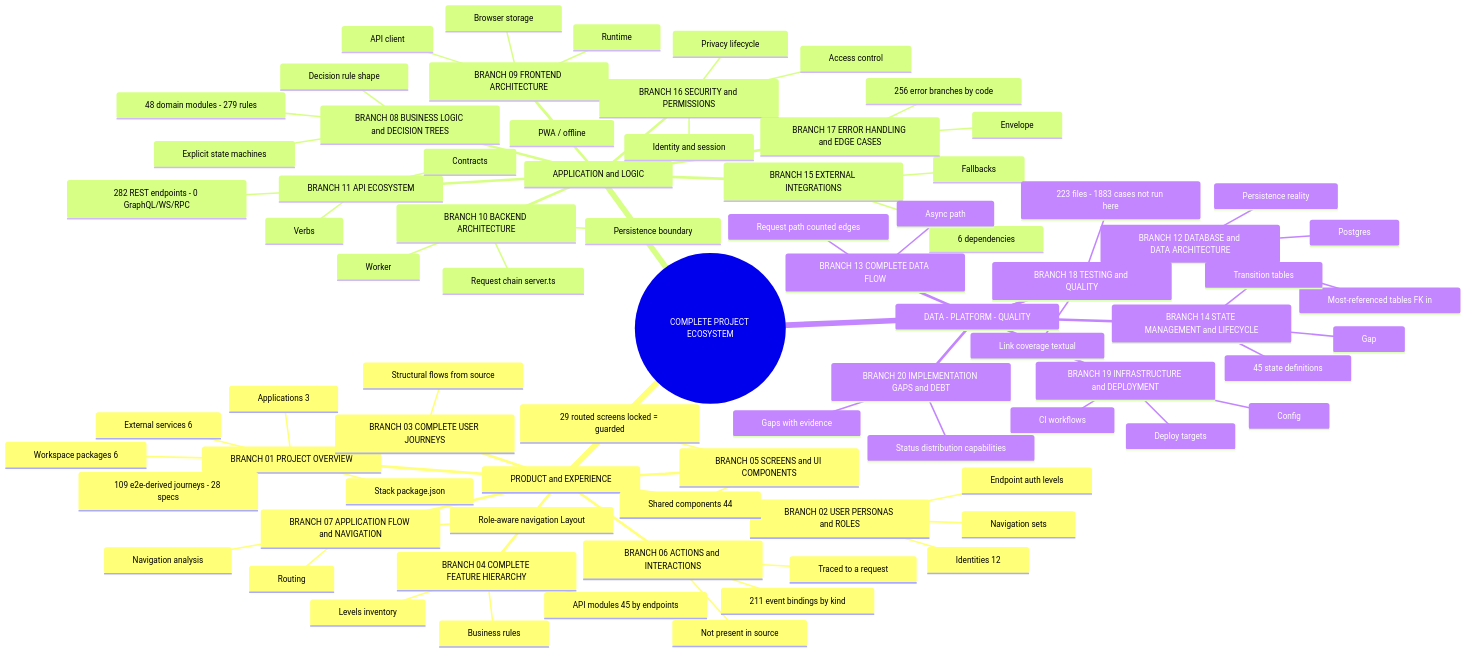
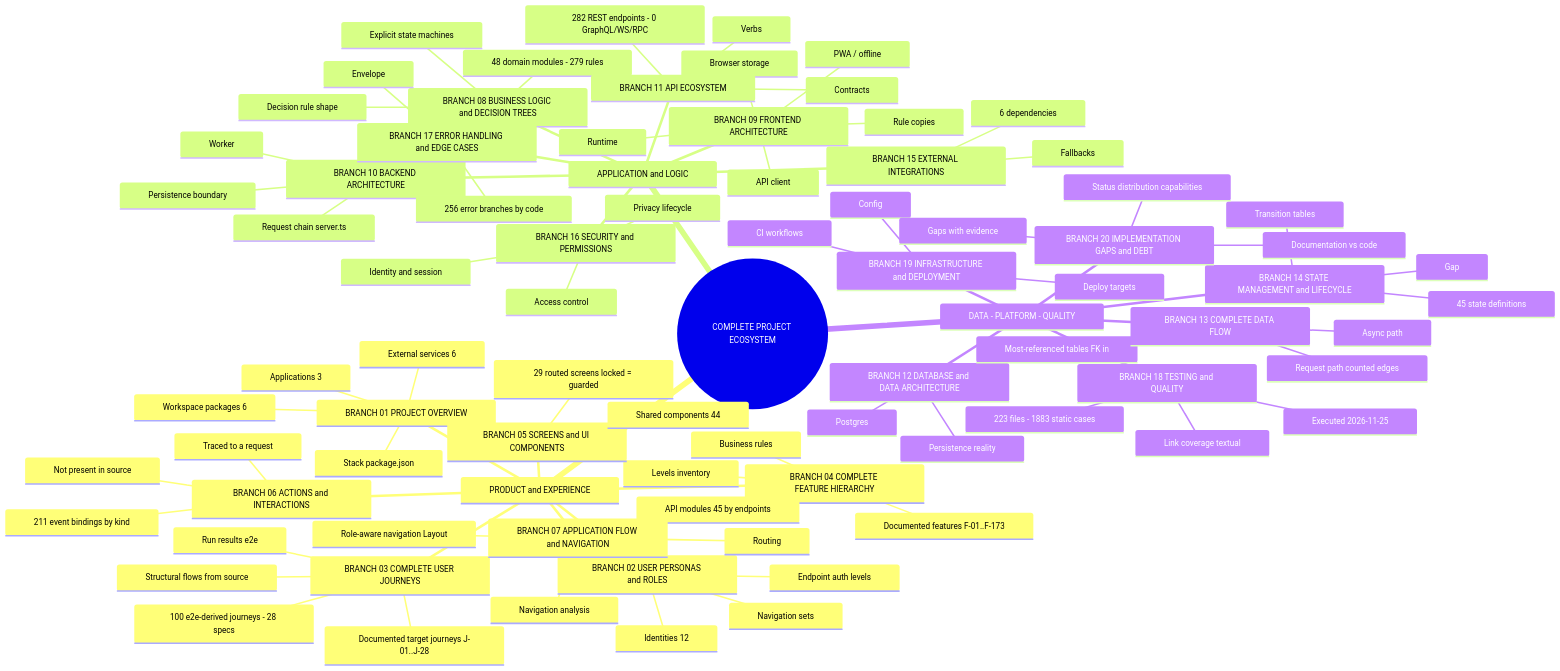
One commit to yhsomani/talentsphere-complete changed the diagram in project-mindmap/master/MASTER_PROJECT_MINDMAP.mmd. Above: the diagram before and after it, drawn with Mermaid. The commit also changed 29 other files, not shown here.

First line of the commit message:
docs: execution-backed project mind map, stable IDs and docs-vs-code reconciliation

```diff
--- a/project-mindmap/master/MASTER_PROJECT_MINDMAP.mmd
+++ b/project-mindmap/master/MASTER_PROJECT_MINDMAP.mmd
@@ -1,81 +1,87 @@
 %%{init: {"mindmap": {"padding": 28, "maxNodeWidth": 240}}}%%
 mindmap
   root((COMPLETE PROJECT ECOSYSTEM))
     PRODUCT and EXPERIENCE
       BRANCH 01 PROJECT OVERVIEW
         Applications 3
         Stack package.json
         Workspace packages 6
         External services 6
       BRANCH 02 USER PERSONAS and ROLES
         Identities 12
         Navigation sets
         Endpoint auth levels
       BRANCH 03 COMPLETE USER JOURNEYS
-        109 e2e-derived journeys - 28 specs
+        100 e2e-derived journeys - 28 specs
+        Run results e2e
+        Documented target journeys J-01..J-28
         Structural flows from source
       BRANCH 04 COMPLETE FEATURE HIERARCHY
         Levels inventory
         API modules 45 by endpoints
         Business rules
+        Documented features F-01..F-173
       BRANCH 05 SCREENS and UI COMPONENTS
         29 routed screens locked = guarded
         Shared components 44
       BRANCH 06 ACTIONS and INTERACTIONS
         211 event bindings by kind
         Traced to a request
         Not present in source
       BRANCH 07 APPLICATION FLOW and NAVIGATION
         Routing
         Role-aware navigation Layout
         Navigation analysis
     APPLICATION and LOGIC
       BRANCH 08 BUSINESS LOGIC and DECISION TREES
         48 domain modules - 279 rules
         Explicit state machines
         Decision rule shape
       BRANCH 09 FRONTEND ARCHITECTURE
         Runtime
         API client
         Browser storage
         PWA / offline
+        Rule copies
       BRANCH 10 BACKEND ARCHITECTURE
         Request chain server.ts
         Persistence boundary
         Worker
       BRANCH 11 API ECOSYSTEM
         282 REST endpoints - 0 GraphQL/WS/RPC
         Verbs
         Contracts
       BRANCH 15 EXTERNAL INTEGRATIONS
         6 dependencies
         Fallbacks
       BRANCH 16 SECURITY and PERMISSIONS
         Identity and session
         Access control
         Privacy lifecycle
       BRANCH 17 ERROR HANDLING and EDGE CASES
         256 error branches by code
         Envelope
     DATA - PLATFORM - QUALITY
       BRANCH 12 DATABASE and DATA ARCHITECTURE
         Postgres
         Most-referenced tables FK in
         Persistence reality
       BRANCH 13 COMPLETE DATA FLOW
         Request path counted edges
         Async path
       BRANCH 14 STATE MANAGEMENT and LIFECYCLE
         45 state definitions
         Transition tables
         Gap
       BRANCH 18 TESTING and QUALITY
-        223 files - 1883 cases not run here
+        223 files - 1883 static cases
+        Executed 2026-11-25
         Link coverage textual
       BRANCH 19 INFRASTRUCTURE and DEPLOYMENT
         CI workflows
         Deploy targets
         Config
       BRANCH 20 IMPLEMENTATION GAPS and DEBT
         Status distribution capabilities
         Gaps with evidence
+        Documentation vs code
```
